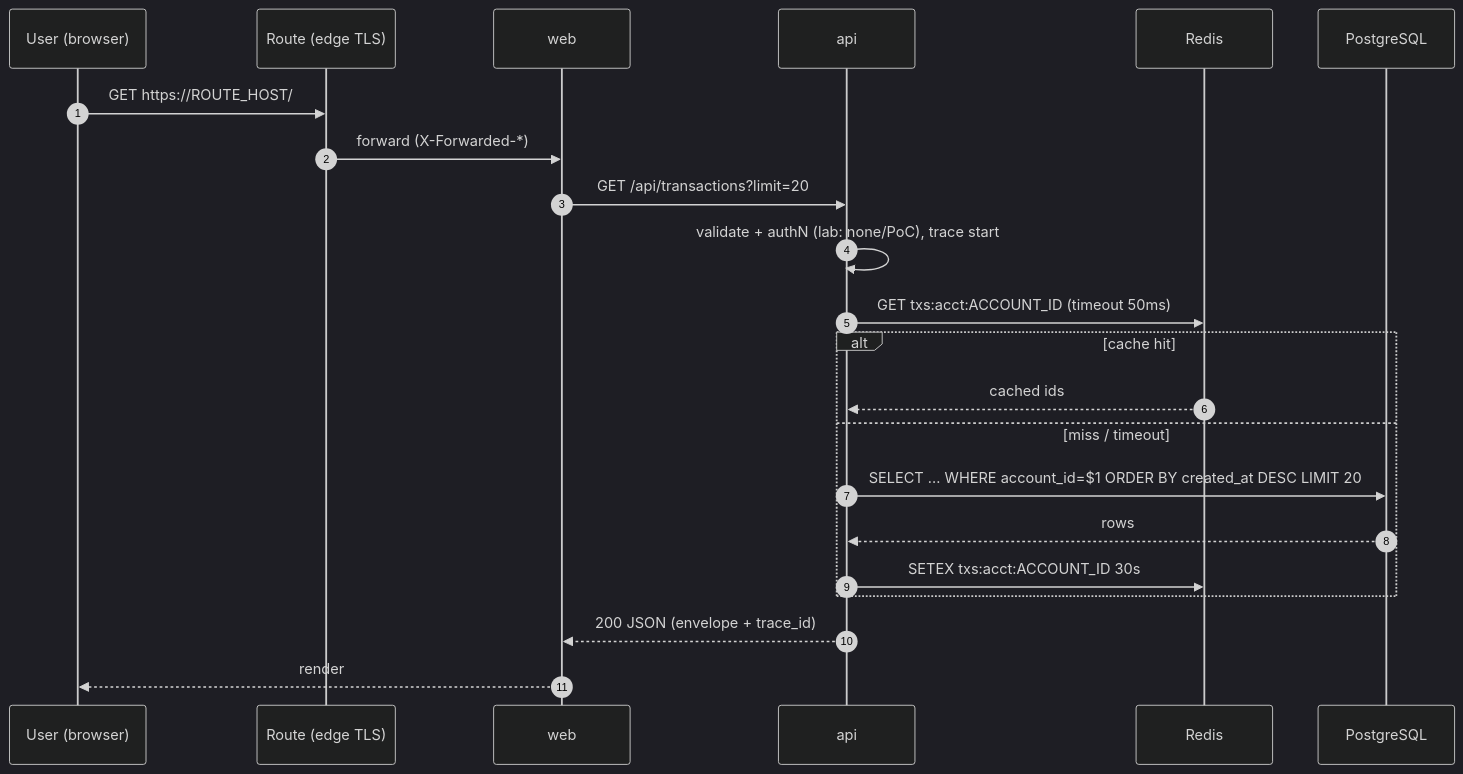
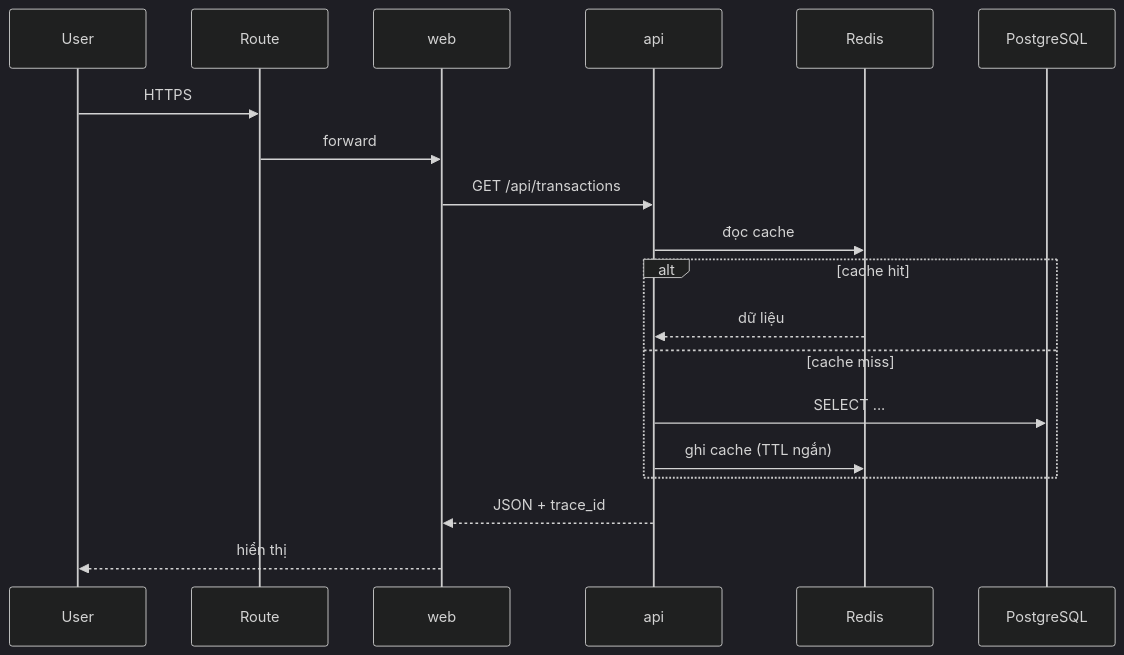
One commit to tomnphc/devopslab changed the second of 7 diagrams in phase-0.md. Above: the diagram before and after it, drawn with Mermaid (dark theme). The commit also changed other lines of this file, not shown here.

````diff
--- a/phase-0.md
+++ b/phase-0.md
@@ -136,24 +100,21 @@
 ```mermaid
 sequenceDiagram
-  autonumber
-  participant U as User (browser)
-  participant R as Route (edge TLS)
+  participant U as User
+  participant R as Route
   participant W as web
   participant A as api
   participant C as Redis
   participant D as PostgreSQL
-  U->>R: GET https://ROUTE_HOST/
-  R->>W: forward (X-Forwarded-*)
-  W->>A: GET /api/transactions?limit=20
-  A->>A: validate + authN (lab: none/PoC), trace start
-  A->>C: GET txs:acct:ACCOUNT_ID (timeout 50ms)
+  U->>R: HTTPS
+  R->>W: forward
+  W->>A: GET /api/transactions
+  A->>C: đọc cache
   alt cache hit
-    C-->>A: cached ids
-  else miss / timeout
-    A->>D: SELECT ... WHERE account_id=$1 ORDER BY created_at DESC LIMIT 20
-    D-->>A: rows
-    A->>C: SETEX txs:acct:ACCOUNT_ID 30s
+    C-->>A: dữ liệu
+  else cache miss
+    A->>D: SELECT ...
+    A->>C: ghi cache (TTL ngắn)
   end
-  A-->>W: 200 JSON (envelope + trace_id)
-  W-->>U: render
+  A-->>W: JSON + trace_id
+  W-->>U: hiển thị
 ```
````
